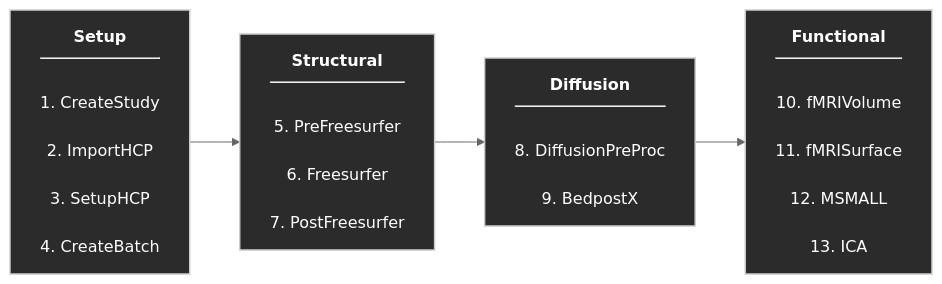
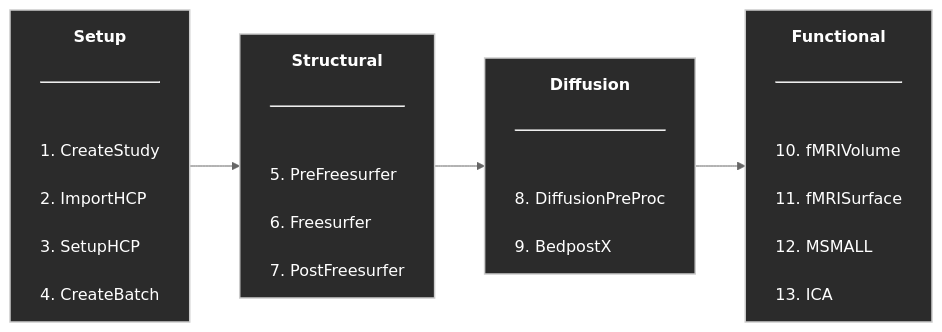
Before and after one commit to SPMIC-UoN/QuNex_Processing_Pipeline: the diagram in README.md, drawn with Mermaid (neutral theme).

````diff
--- a/README.md
+++ b/README.md
@@ -38,30 +38,42 @@
 ```mermaid
 flowchart LR
 
 classDef stage fill:#2b2b2b,stroke:#cccccc,stroke-width:1.5px,color:#ffffff;
 
-Setup["<b>Setup</b><hr/>
+Setup["<div align='center'><b>Setup</b></div>
+<hr/>
+<div align='left'>
 1. CreateStudy<br/>
 2. ImportHCP<br/>
 3. SetupHCP<br/>
-4. CreateBatch"]
+4. CreateBatch
+</div>"]
 
-Structural["<b>Structural</b><hr/>
+Structural["<div align='center'><b>Structural</b></div>
+<hr/>
+<div align='left'>
 5. PreFreesurfer<br/>
 6. Freesurfer<br/>
-7. PostFreesurfer"]
+7. PostFreesurfer
+</div>"]
 
-Diffusion["<b>Diffusion</b><hr/>
+Diffusion["<div align='center'><b>Diffusion</b></div>
+<hr/>
+<div align='left'>
 8. DiffusionPreProc<br/>
-9. BedpostX"]
+9. BedpostX
+</div>"]
 
-Functional["<b>Functional</b><hr/>
+Functional["<div align='center'><b>Functional</b></div>
+<hr/>
+<div align='left'>
 10. fMRIVolume<br/>
 11. fMRISurface<br/>
 12. MSMALL<br/>
-13. ICA"]
+13. ICA
+</div>"]
 
 Setup --> Structural --> Diffusion --> Functional
 
 class Setup,Structural,Diffusion,Functional stage;
 ```
````
